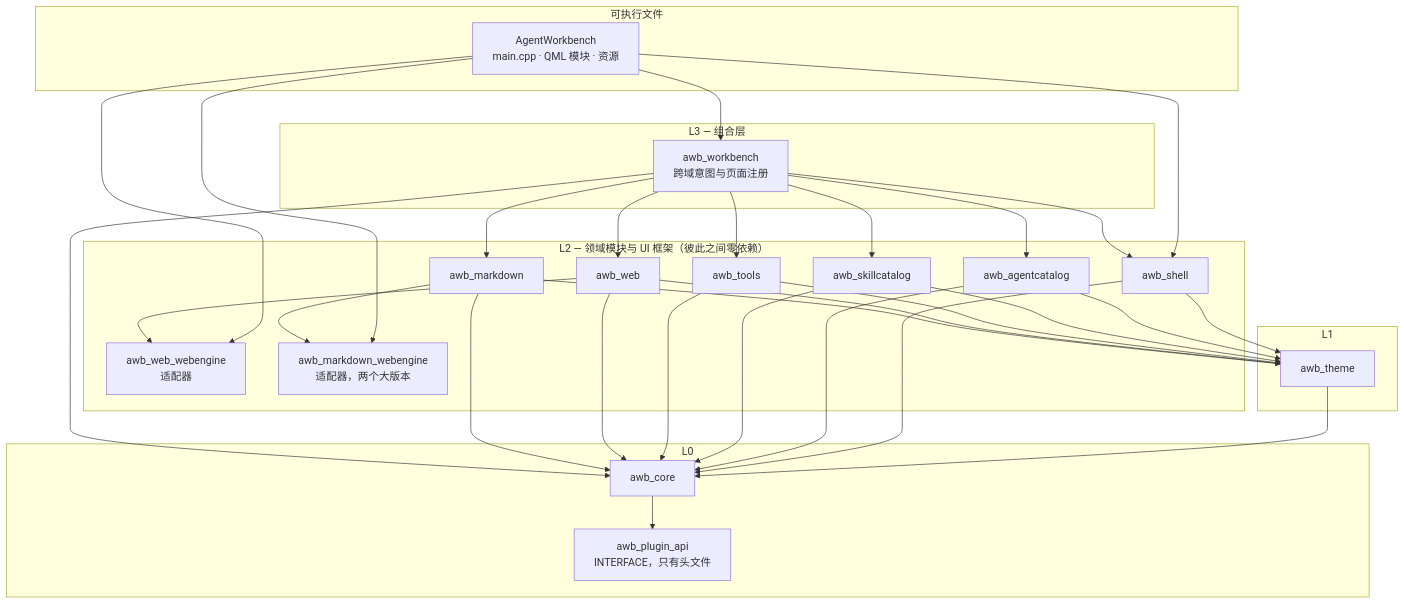
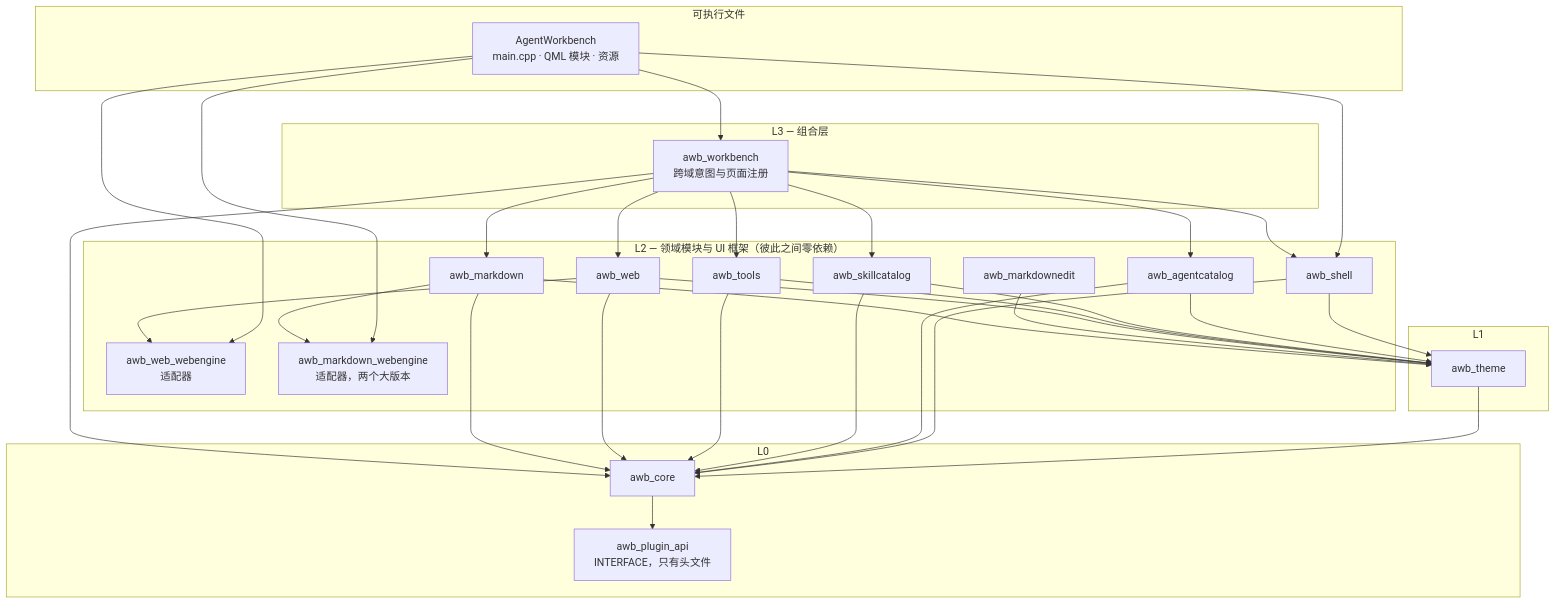
The diagram in docs/zh/architecture/分层与依赖.md (czyt1988/AgentWorkbench), drawn with Mermaid before and after one commit. The commit also changed other lines of this file and 18 other files, not shown here.

````diff
--- a/docs/zh/architecture/分层与依赖.md
+++ b/docs/zh/architecture/分层与依赖.md
@@ -9,54 +9,56 @@
 ```mermaid
 flowchart TB
     subgraph L_exe["可执行文件"]
         app["AgentWorkbench<br/>main.cpp · QML 模块 · 资源"]
     end
     subgraph L3["L3 — 组合层"]
         workbench["awb_workbench<br/>跨域意图与页面注册"]
     end
     subgraph L2["L2 — 领域模块与 UI 框架（彼此之间零依赖）"]
         shell["awb_shell"]
         agentcatalog["awb_agentcatalog"]
         skillcatalog["awb_skillcatalog"]
         tools["awb_tools"]
         web["awb_web"]
         webengine["awb_web_webengine<br/>适配器"]
+        markdownedit["awb_markdownedit"]
         markdown["awb_markdown"]
         mdwebengine["awb_markdown_webengine<br/>适配器，两个大版本"]
     end
     subgraph L1["L1"]
         theme["awb_theme"]
     end
     subgraph L0["L0"]
         core["awb_core"]
         pluginapi["awb_plugin_api<br/>INTERFACE，只有头文件"]
     end
 
     app --> workbench
     app --> shell
     app --> webengine
     app --> mdwebengine
     workbench --> shell
     workbench --> agentcatalog
     workbench --> skillcatalog
     workbench --> tools
     workbench --> web
     workbench --> markdown
     web --> webengine
     markdown --> mdwebengine
     shell --> theme
     agentcatalog --> theme
     skillcatalog --> theme
     tools --> theme
     web --> theme
+    markdownedit --> theme
     markdown --> theme
     theme --> core
     shell --> core
     agentcatalog --> core
     skillcatalog --> core
     tools --> core
     web --> core
     markdown --> core
     workbench --> core
     core --> pluginapi
 ```
````
